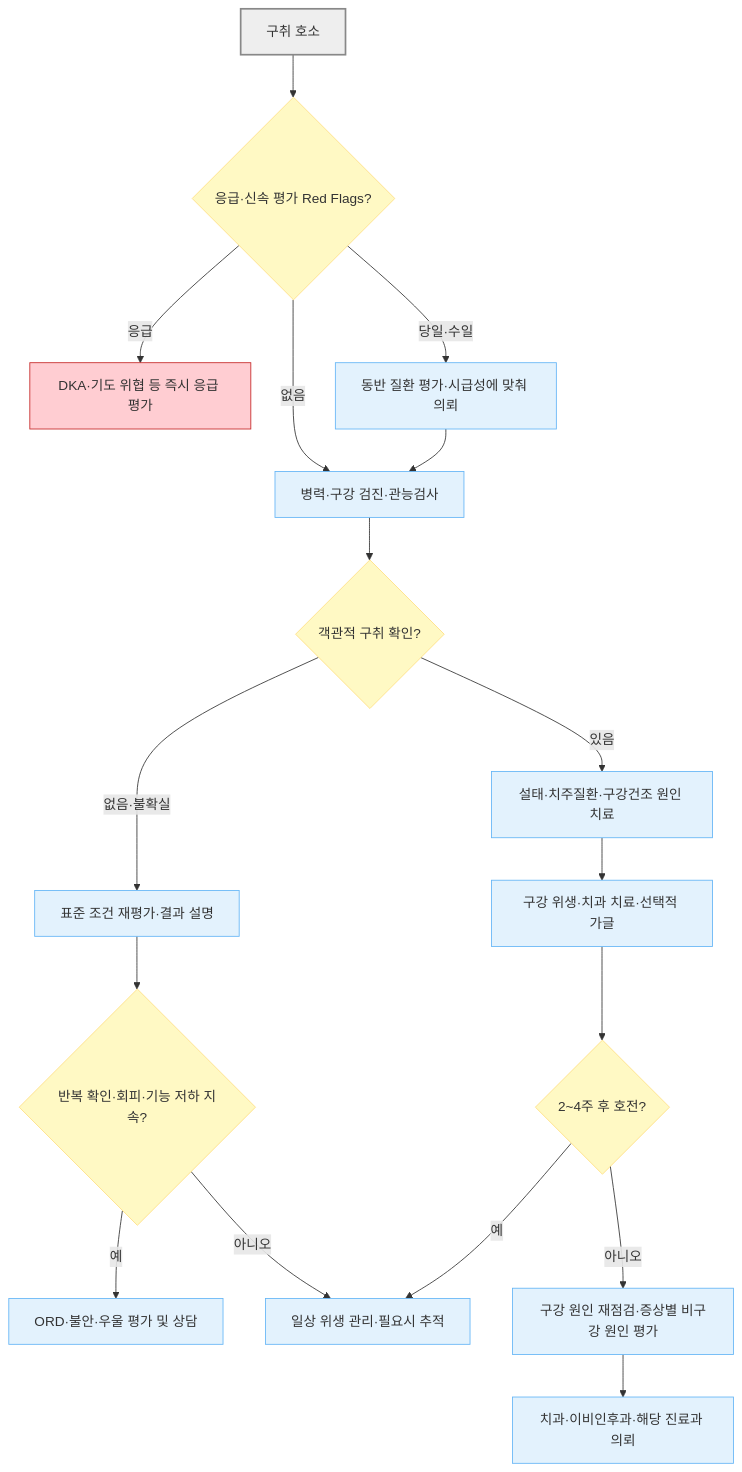
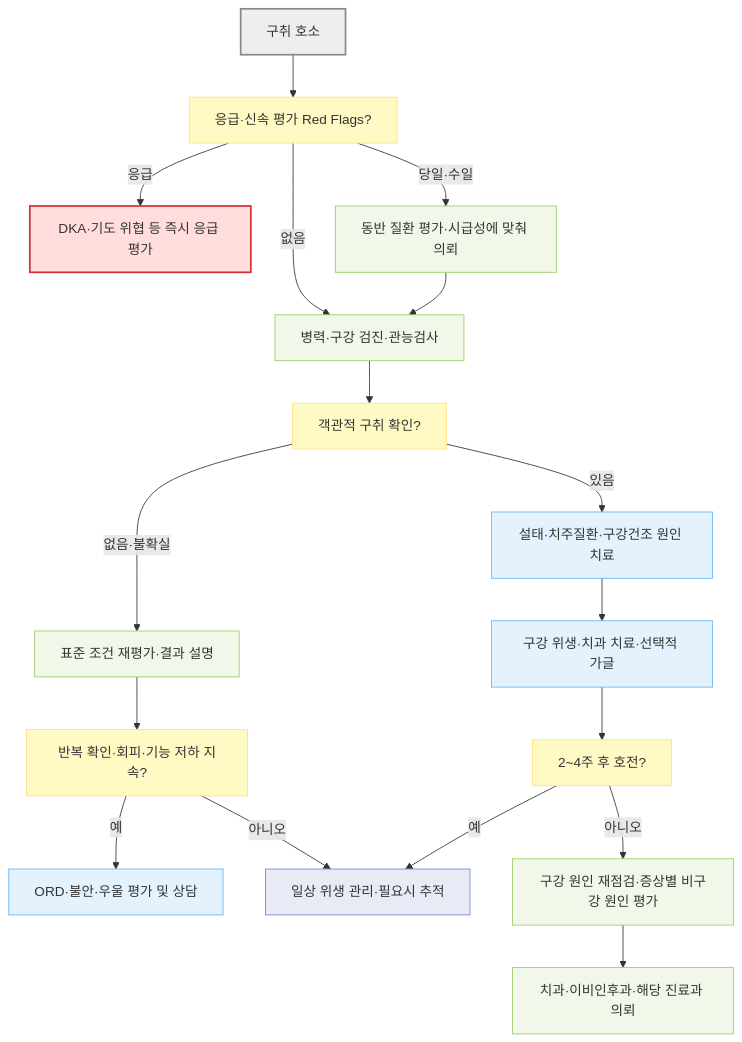
One commit to familyoh77/familyoh77 changed the diagram in 220_/004_-halitosis-bad-breath.md. Above: the diagram before and after it, drawn with Mermaid. The commit also changed 13 other files, not shown here.

````diff
--- a/220_/004_-halitosis-bad-breath.md
+++ b/220_/004_-halitosis-bad-breath.md
@@ -166,25 +166,32 @@
 ```mermaid
 flowchart TD
-    A["구취 호소"] --> B{"응급·신속 평가 Red Flags?"}
+    A["구취 호소"] --> B["응급·신속 평가 Red Flags?"]
     B -- "응급" --> C["DKA·기도 위협 등 즉시 응급 평가"]
     B -- "당일·수일" --> D["동반 질환 평가·시급성에 맞춰 의뢰"]
     B -- "없음" --> E["병력·구강 검진·관능검사"]
     D --> E
-    E --> F{"객관적 구취 확인?"}
+    E --> F["객관적 구취 확인?"]
     F -- "없음·불확실" --> G["표준 조건 재평가·결과 설명"]
-    G --> H{"반복 확인·회피·기능 저하 지속?"}
+    G --> H["반복 확인·회피·기능 저하 지속?"]
     H -- "예" --> I["ORD·불안·우울 평가 및 상담"]
     H -- "아니오" --> J["일상 위생 관리·필요시 추적"]
     F -- "있음" --> K["설태·치주질환·구강건조 원인 치료"]
     K --> L["구강 위생·치과 치료·선택적 가글"]
-    L --> M{"2~4주 후 호전?"}
+    L --> M["2~4주 후 호전?"]
     M -- "예" --> J
     M -- "아니오" --> N["구강 원인 재점검·증상별 비구강 원인 평가"]
     N --> O["치과·이비인후과·해당 진료과 의뢰"]
+
+    classDef start fill:#eeeeee,stroke:#888888,stroke-width:2px
     classDef question fill:#fff9c4,stroke:#ffe082
+    classDef emergency fill:#ffdddd,stroke:#d32f2f,stroke-width:2px
+    classDef evaluation fill:#f1f8e9,stroke:#9ccc65
     classDef treatment fill:#e3f2fd,stroke:#64b5f6
+    classDef followup fill:#e8eaf6,stroke:#7986cb
+    class A start
     class B,F,H,M question
-    class D,E,G,I,J,K,L,N,O treatment
-    style A fill:#eeeeee,stroke:#888888,stroke-width:2px
-    style C fill:#ffcdd2,stroke:#c62828
+    class C emergency
+    class D,E,G,N,O evaluation
+    class I,K,L treatment
+    class J followup
 ```
````
